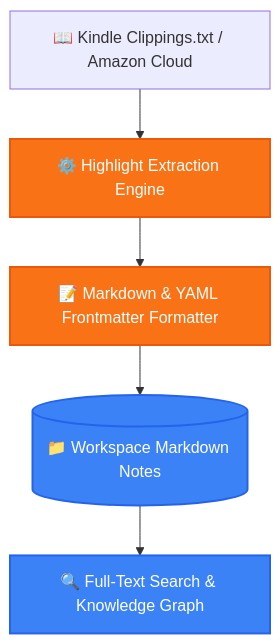
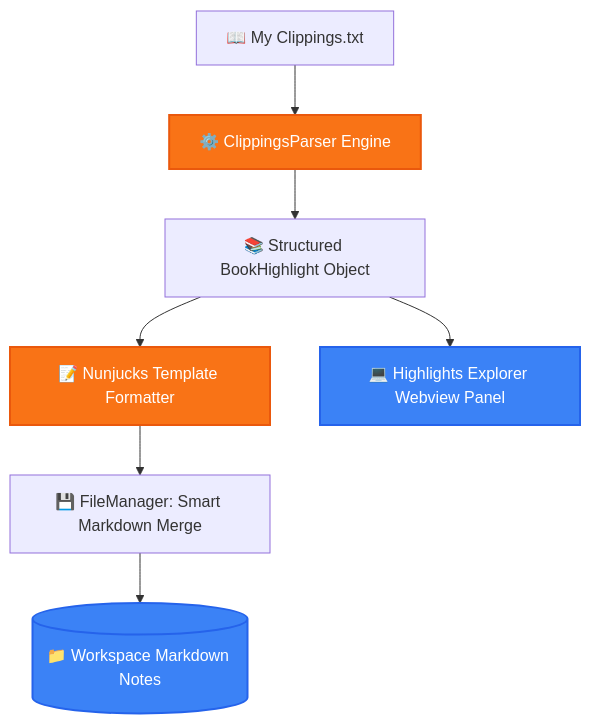
Before and after one commit to LoNebula/kindle-highlights: the diagram in README.md, drawn with Mermaid. The commit also changed other lines of this file, not shown here.

````diff
--- a/README.md
+++ b/README.md
@@ -38,12 +56,14 @@
 ```mermaid
 graph TD
-  Source[📖 Kindle Clippings.txt / Amazon Cloud] --> Parser[⚙️ Highlight Extraction Engine]
-  Parser --> Formatter[📝 Markdown & YAML Frontmatter Formatter]
-  Formatter --> Workspace[(📁 Workspace Markdown Notes)]
-  Workspace --> Search[🔍 Full-Text Search & Knowledge Graph]
-  
+  Clippings[📖 My Clippings.txt] --> Parser[⚙️ ClippingsParser Engine]
+  Parser --> Data[📚 Structured BookHighlight Object]
+  Data --> Template[📝 Nunjucks Template Formatter]
+  Template --> FileMgr[💾 FileManager: Smart Markdown Merge]
+  FileMgr --> Notes[(📁 Workspace Markdown Notes)]
+  Data --> Webview[💻 Highlights Explorer Webview Panel]
+
   classDef primary fill:#f97316,stroke:#ea580c,stroke-width:2px,color:#fff;
   classDef accent fill:#3b82f6,stroke:#2563eb,stroke-width:2px,color:#fff;
-  class Parser,Formatter primary;
-  class Workspace,Search accent;
+  class Parser,Template primary;
+  class Notes,Webview accent;
 ```
````
